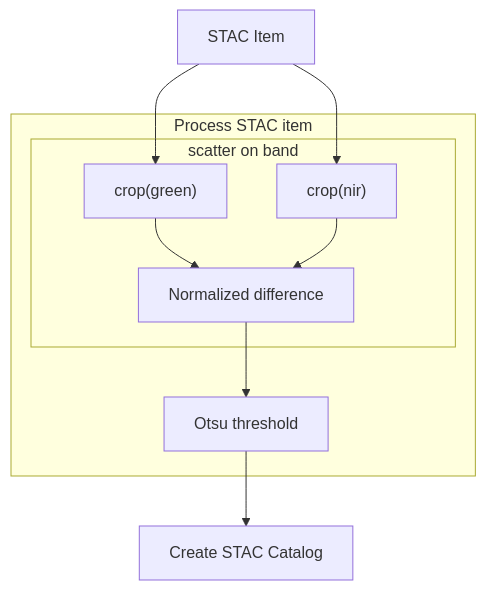
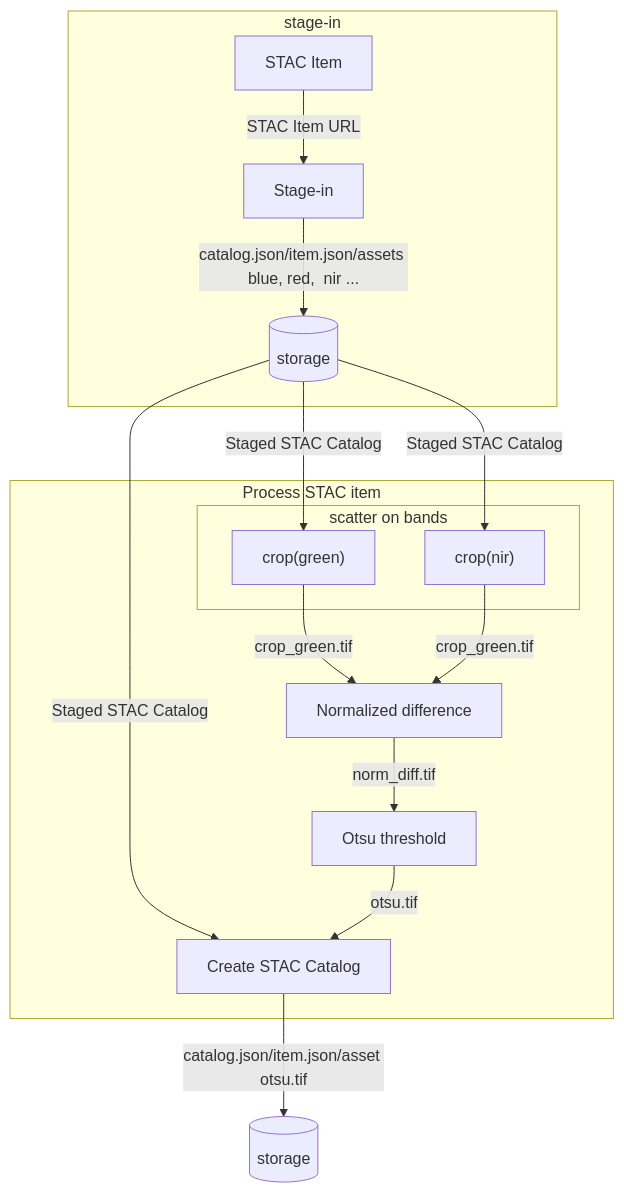
The second of 2 diagrams in docs/app/app.md (Terradue/app-package-training-bids23), drawn with Mermaid before and after one commit. The commit also changed other lines of this file, not shown here.

````diff
--- a/docs/app/app.md
+++ b/docs/app/app.md
@@ -45,13 +58,21 @@
 ``` mermaid
 graph TB
-  A[STAC Item] --> B
-  A[STAC Item] --> C
+subgraph stage-in
+  A[STAC Item] -- STAC Item URL --> AA[Stage-in]
+  AA[Stage-in] -- catalog.json/item.json/assets blue, red,  nir ... --> AB[(storage)]
+end
 subgraph Process STAC item
-subgraph scatter on band
-  B["crop(green)"] --> D[Normalized difference];
-  C["crop(nir)"] --> D[Normalized difference];
+  AB[(storage)] -- Staged STAC Catalog --> B
+  AB[(storage)] -- Staged STAC Catalog --> C
+  AB[(storage)] -- Staged STAC Catalog --> F
+subgraph scatter on bands
+  B["crop(green)"];
+  C["crop(nir)"];
 end
-  D --> E[Otsu threshold]
+  B["crop(green)"] -- crop_green.tif --> D[Normalized difference];
+  C["crop(nir)"] -- crop_green.tif --> D[Normalized difference];
+  D -- norm_diff.tif --> E[Otsu threshold]
 end
-  E --> F[Create STAC Catalog]
+  E -- otsu.tif --> F[Create STAC Catalog]
+  F -- "catalog.json/item.json/asset otsu.tif" --> G[(storage)]
 ```
````
